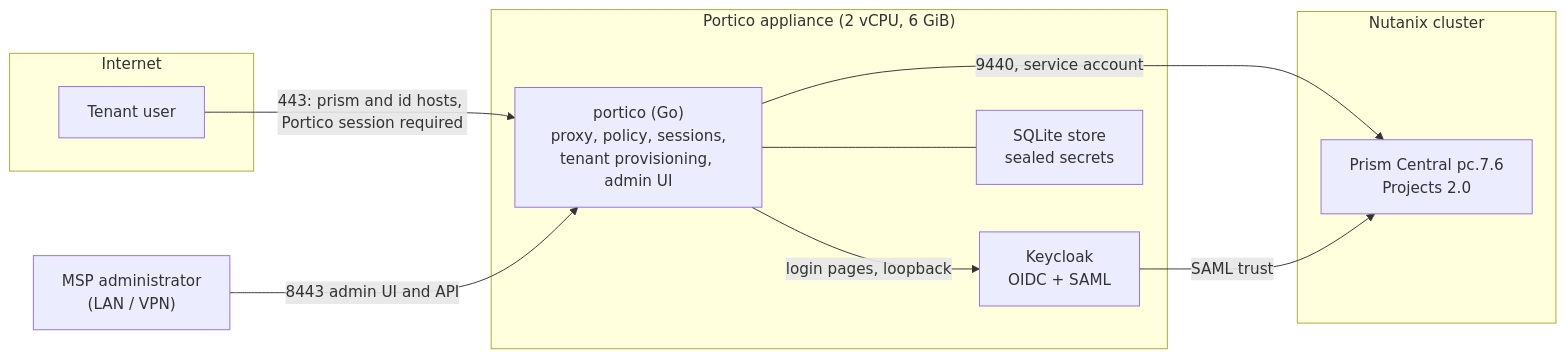
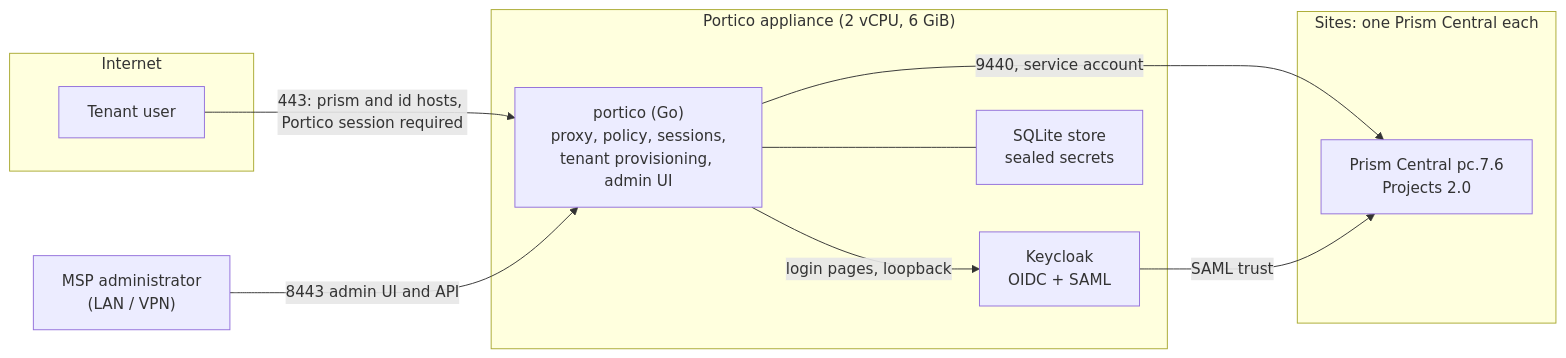
One commit to marco-fabbri/portico changed the diagram in README.md. Above: the diagram before and after it, drawn with Mermaid. The commit also changed other lines of this file and 6 other files, not shown here.

````diff
--- a/README.md
+++ b/README.md
@@ -56,22 +57,22 @@
 ```mermaid
 flowchart LR
     subgraph Internet
         T["Tenant user"]
     end
     subgraph Appliance ["Portico appliance (2 vCPU, 6 GiB)"]
         P["portico (Go)<br/>proxy, policy, sessions,<br/>tenant provisioning, admin UI"]
         K["Keycloak<br/>OIDC + SAML"]
         DB["SQLite store<br/>sealed secrets"]
     end
-    subgraph Nutanix ["Nutanix cluster"]
+    subgraph Nutanix ["Sites: one Prism Central each"]
         PC["Prism Central pc.7.6<br/>Projects 2.0"]
     end
     A["MSP administrator<br/>(LAN / VPN)"]
 
     T -->|"443: prism and id hosts, Portico session required"| P
     P -->|"login pages, loopback"| K
     P -->|"9440, service account"| PC
     K -->|"SAML trust"| PC
     P --- DB
     A -->|"8443 admin UI and API"| P
 ```
````
